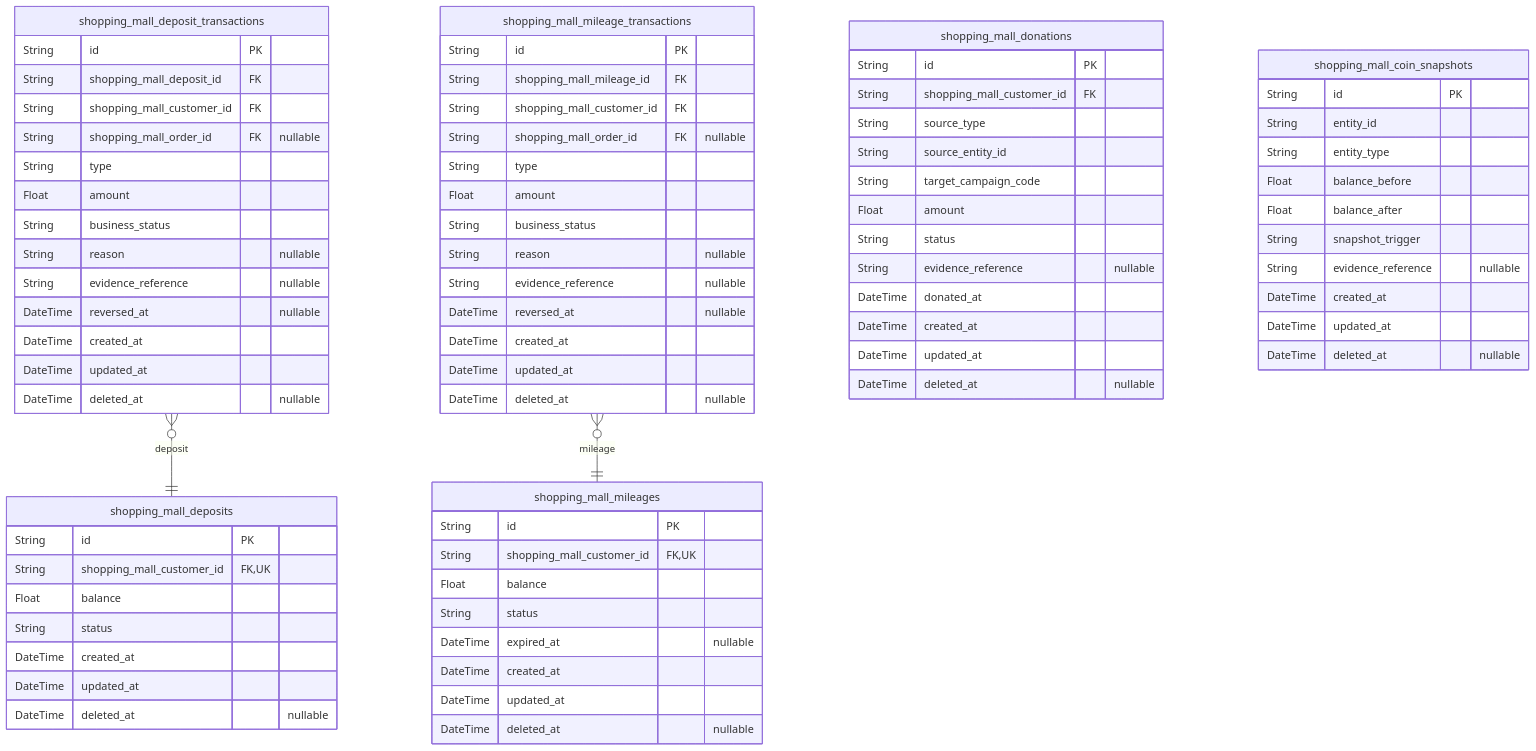
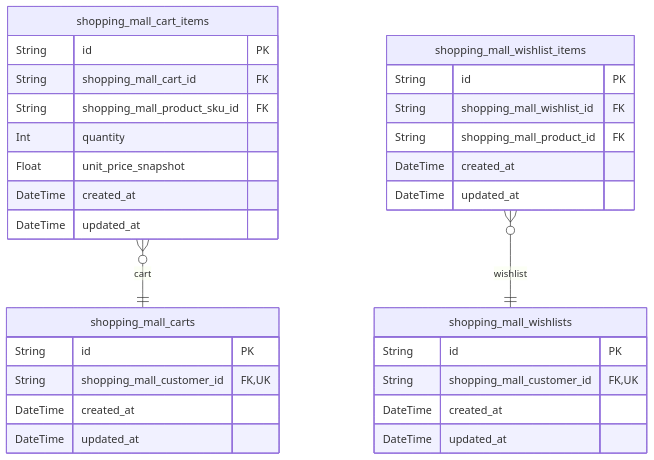
Before and after one commit to wrtnlabs/autobe-example-shopping-openai-gpt-4.1: the fourth of 9 diagrams in docs/ERD.md, drawn with Mermaid. The commit also changed other lines of this file and 1867 other files, not shown here.

````diff
--- a/docs/ERD.md
+++ b/docs/ERD.md
@@ -1616,80 +744,33 @@
 ```mermaid
 erDiagram
-"shopping_mall_deposits" {
+"shopping_mall_carts" {
   String id PK
   String shopping_mall_customer_id FK,UK
-  Float balance
-  String status
   DateTime created_at
   DateTime updated_at
-  DateTime deleted_at "nullable"
 }
-"shopping_mall_deposit_transactions" {
+"shopping_mall_cart_items" {
   String id PK
-  String shopping_mall_deposit_id FK
-  String shopping_mall_customer_id FK
-  String shopping_mall_order_id FK "nullable"
-  String type
-  Float amount
-  String business_status
-  String reason "nullable"
-  String evidence_reference "nullable"
-  DateTime reversed_at "nullable"
+  String shopping_mall_cart_id FK
+  String shopping_mall_product_sku_id FK
+  Int quantity
+  Float unit_price_snapshot
   DateTime created_at
   DateTime updated_at
-  DateTime deleted_at "nullable"
 }
-"shopping_mall_mileages" {
+"shopping_mall_wishlists" {
   String id PK
   String shopping_mall_customer_id FK,UK
-  Float balance
-  String status
-  DateTime expired_at "nullable"
   DateTime created_at
   DateTime updated_at
-  DateTime deleted_at "nullable"
 }
-"shopping_mall_mileage_transactions" {
+"shopping_mall_wishlist_items" {
   String id PK
-  String shopping_mall_mileage_id FK
-  String shopping_mall_customer_id FK
-  String shopping_mall_order_id FK "nullable"
-  String type
-  Float amount
-  String business_status
-  String reason "nullable"
-  String evidence_reference "nullable"
-  DateTime reversed_at "nullable"
+  String shopping_mall_wishlist_id FK
+  String shopping_mall_product_id FK
   DateTime created_at
   DateTime updated_at
-  DateTime deleted_at "nullable"
 }
-"shopping_mall_donations" {
-  String id PK
-  String shopping_mall_customer_id FK
-  String source_type
-  String source_entity_id
-  String target_campaign_code
-  Float amount
-  String status
-  String evidence_reference "nullable"
-  DateTime donated_at
-  DateTime created_at
-  DateTime updated_at
-  DateTime deleted_at "nullable"
-}
-"shopping_mall_coin_snapshots" {
-  String id PK
-  String entity_id
-  String entity_type
-  Float balance_before
-  Float balance_after
-  String snapshot_trigger
-  String evidence_reference "nullable"
-  DateTime created_at
-  DateTime updated_at
-  DateTime deleted_at "nullable"
-}
-"shopping_mall_deposit_transactions" }o--|| "shopping_mall_deposits" : deposit
-"shopping_mall_mileage_transactions" }o--|| "shopping_mall_mileages" : mileage
+"shopping_mall_cart_items" }o--|| "shopping_mall_carts" : cart
+"shopping_mall_wishlist_items" }o--|| "shopping_mall_wishlists" : wishlist
 ```
````
